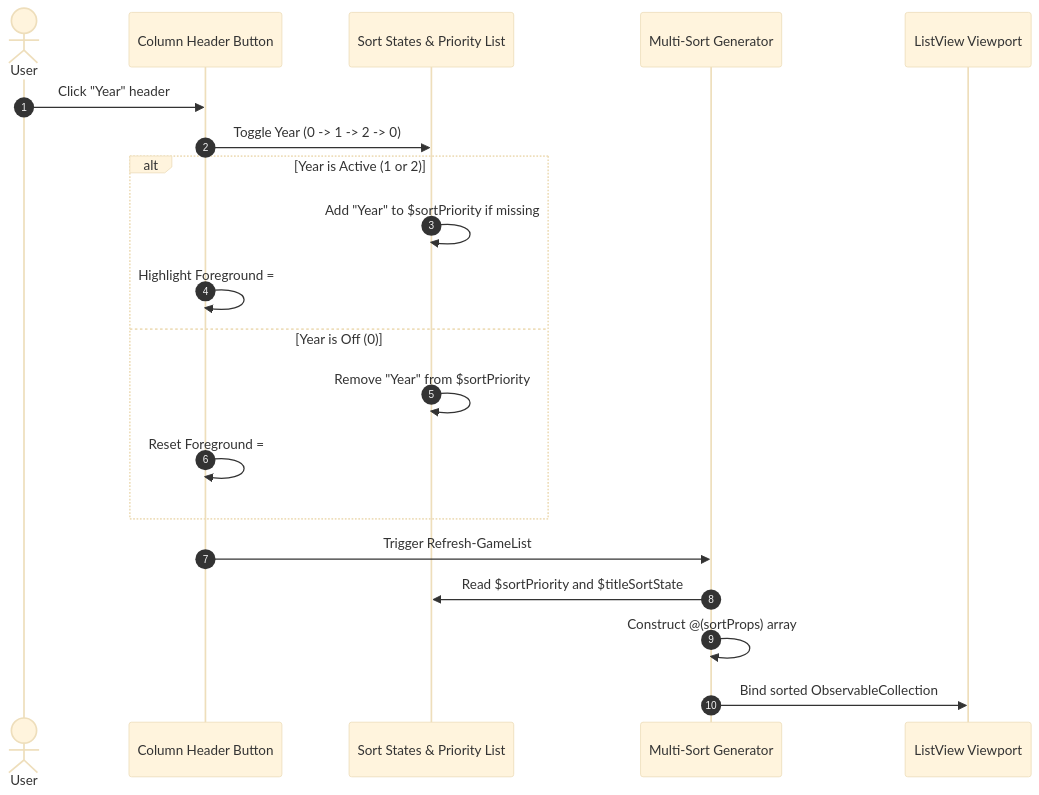
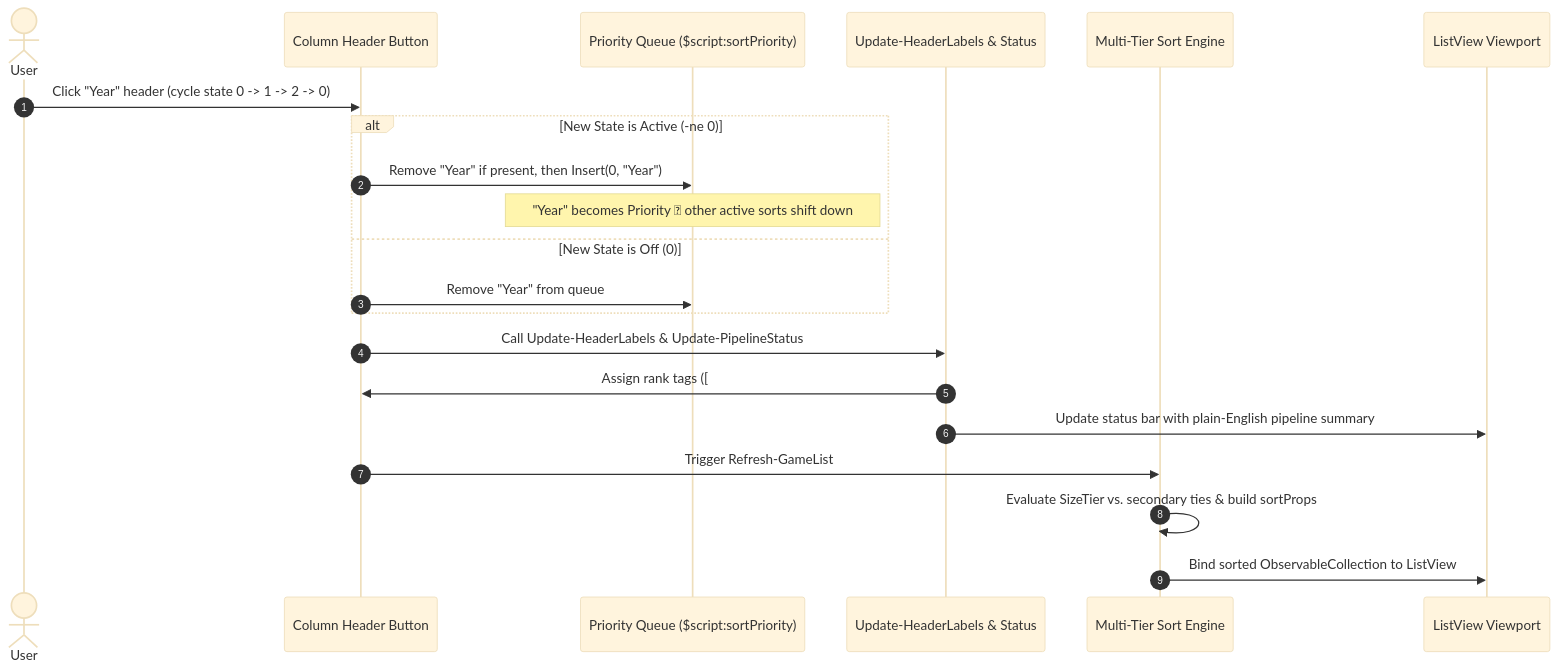
Before and after one commit to Mostakim2005/retro-console-manager: the second of 4 diagrams in docs/ARCHITECTURE.md, drawn with Mermaid (base theme). The commit also changed other lines of this file and 4 other files, not shown here.

Commit message:
feat: implement most-recently-changed priority sorting queue, size-tier cohesion, and reset filters button

````diff
--- a/docs/ARCHITECTURE.md
+++ b/docs/ARCHITECTURE.md
@@ -68,23 +69,24 @@
 ```mermaid
 sequenceDiagram
     autonumber
     actor User
     participant Header as Column Header Button
-    participant State as Sort States & Priority List
-    participant Sorter as Multi-Sort Generator
+    participant Queue as Priority Queue ($script:sortPriority)
+    participant Labels as Update-HeaderLabels & Status
+    participant Sorter as Multi-Tier Sort Engine
     participant UI as ListView Viewport
 
-    User->>Header: Click "Year" header
-    Header->>State: Toggle Year (0 -> 1 -> 2 -> 0)
-    alt Year is Active (1 or 2)
-        State->>State: Add "Year" to $sortPriority if missing
-        Header->>Header: Highlight Foreground = #38BDF8 (Cyan)
-    else Year is Off (0)
-        State->>State: Remove "Year" from $sortPriority
-        Header->>Header: Reset Foreground = #94A3B8 (Slate)
+    User->>Header: Click "Year" header (cycle state 0 -> 1 -> 2 -> 0)
+    alt New State is Active (-ne 0)
+        Header->>Queue: Remove "Year" if present, then Insert(0, "Year")
+        Note over Queue: "Year" becomes Priority #1; other active sorts shift down
+    else New State is Off (0)
+        Header->>Queue: Remove "Year" from queue
     end
+    Header->>Labels: Call Update-HeaderLabels & Update-PipelineStatus
+    Labels->>Header: Assign rank tags ([#1], [#2]) & cyan active color
+    Labels->>UI: Update status bar with plain-English pipeline summary
     Header->>Sorter: Trigger Refresh-GameList
-    Sorter->>State: Read $sortPriority and $titleSortState
-    Sorter->>Sorter: Construct @(sortProps) array
-    Sorter->>UI: Bind sorted ObservableCollection
+    Sorter->>Sorter: Evaluate SizeTier vs. secondary ties & build sortProps
+    Sorter->>UI: Bind sorted ObservableCollection to ListView
 ```
````
